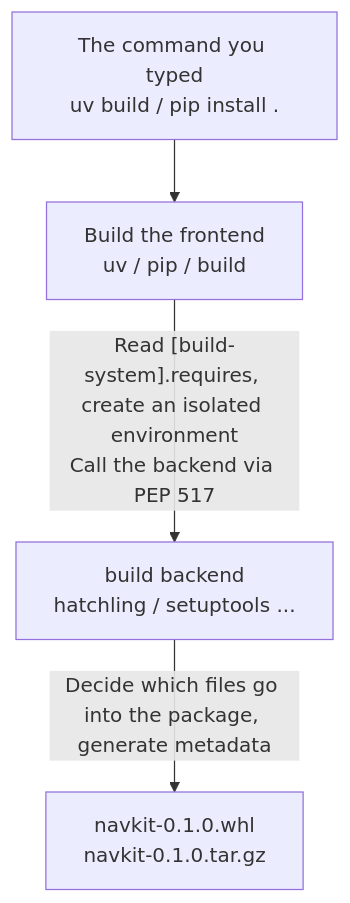
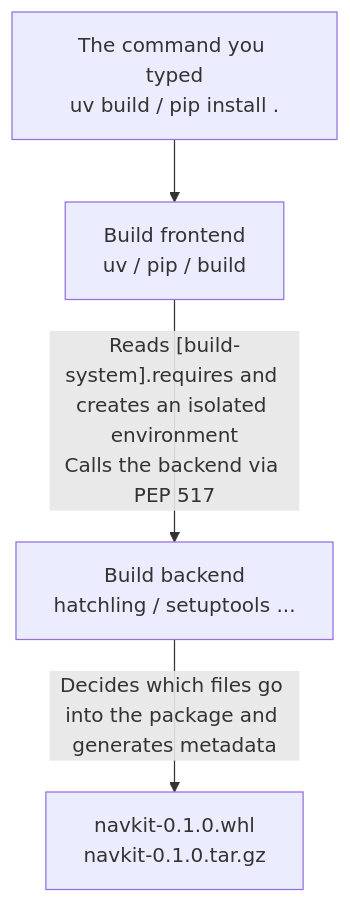
The eighth of 22 diagrams in _translations/en/research/Python-Engineering-Survey.md (TingdeLiu/tingdeliu.github.io), drawn with Mermaid before and after one commit. The commit also changed other lines of this file and 51 other files, not shown here.

````diff
--- a/_translations/en/research/Python-Engineering-Survey.md
+++ b/_translations/en/research/Python-Engineering-Survey.md
@@ -505,6 +505,6 @@
 ```mermaid
 flowchart TB
-    U["The command you typed<br/>uv build / pip install ."] --> FE["Build the frontend<br/>uv / pip / build"]
-    FE -->|"Read [build-system].requires, create an isolated environment<br/>Call the backend via PEP 517"| BE["build backend<br/>hatchling / setuptools ..."]
-    BE -->|"Decide which files go into the package, generate metadata"| ART["navkit-0.1.0.whl<br/>navkit-0.1.0.tar.gz"]
+    U["The command you typed<br/>uv build / pip install ."] --> FE["Build frontend<br/>uv / pip / build"]
+    FE -->|"Reads [build-system].requires and creates an isolated environment<br/>Calls the backend via PEP 517"| BE["Build backend<br/>hatchling / setuptools ..."]
+    BE -->|"Decides which files go into the package and generates metadata"| ART["navkit-0.1.0.whl<br/>navkit-0.1.0.tar.gz"]
 ```
````
